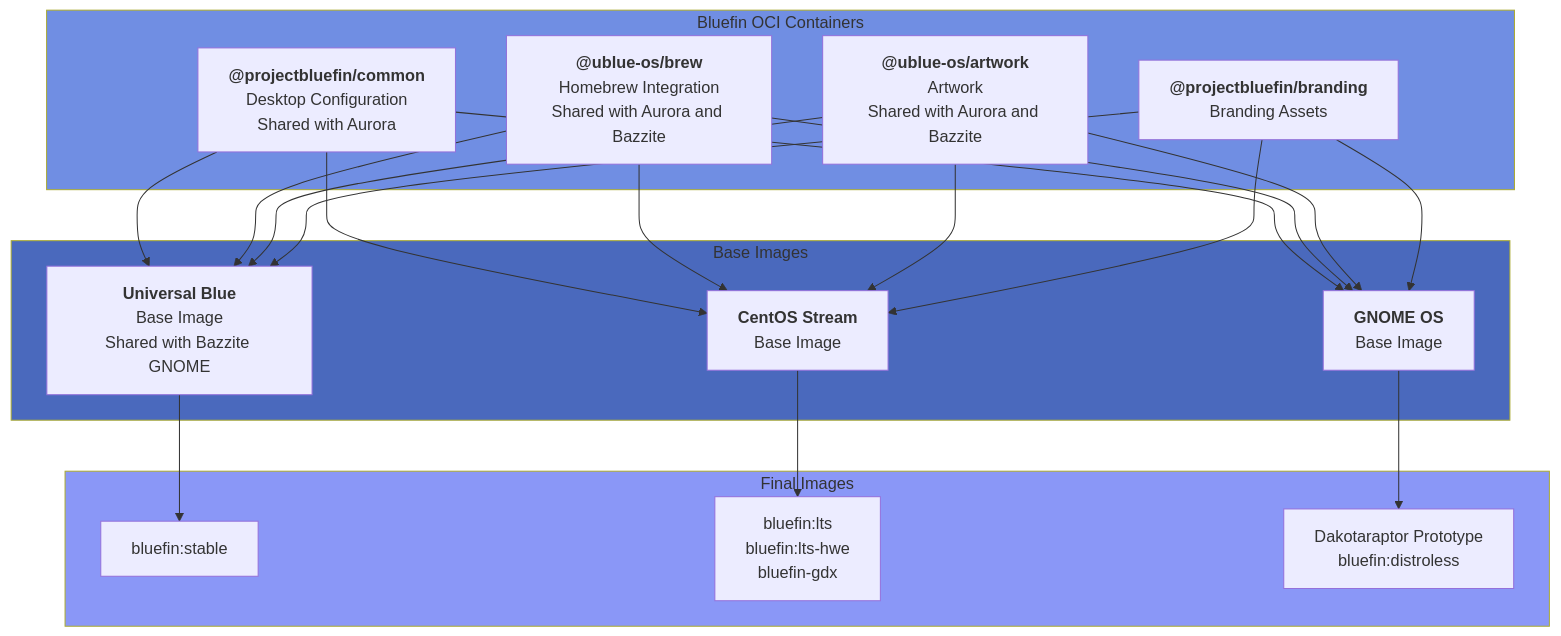
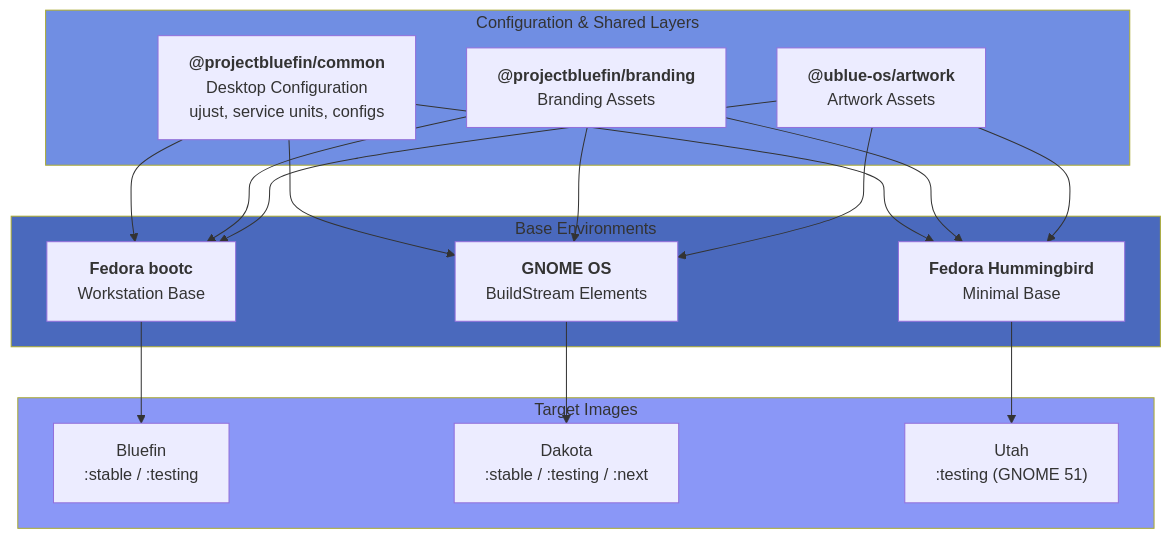
Before and after one commit to fiftydinar/bluefin-docs: the diagram in docs/contributing.md, drawn with Mermaid. The commit also changed other lines of this file and 136 other files, not shown here.

First line of the commit message:
feat(docs): remove Bluefin LTS and GDX from the site

````diff
--- a/docs/contributing.md
+++ b/docs/contributing.md
@@ -92,45 +98,40 @@
 ```mermaid
 flowchart TB
-    subgraph oci["Bluefin OCI Containers"]
-        common["<strong>@projectbluefin/common</strong><br/>Desktop Configuration<br/>Shared with Aurora"]
-        brew["<strong>@ublue-os/brew</strong><br/>Homebrew Integration<br/>Shared with Aurora and Bazzite"]
-        artwork["<strong>@ublue-os/artwork</strong><br/>Artwork<br/>Shared with Aurora and Bazzite"]
+    subgraph oci["Configuration & Shared Layers"]
+        common["<strong>@projectbluefin/common</strong><br/>Desktop Configuration<br/>ujust, service units, configs"]
         branding["<strong>@projectbluefin/branding</strong><br/>Branding Assets"]
+        artwork["<strong>@ublue-os/artwork</strong><br/>Artwork Assets"]
     end
-    
-    subgraph base["Base Images"]
-        ublue["<strong>Universal Blue</strong><br/>Base Image<br/>Shared with Bazzite GNOME"]
-        centos["<strong>CentOS Stream</strong><br/>Base Image"]
-        gnome_base["<strong>GNOME OS</strong><br/>Base Image"]
+
+    subgraph base["Base Environments"]
+        fedora["<strong>Fedora bootc</strong><br/>Workstation Base"]
+        gnome_base["<strong>GNOME OS</strong><br/>BuildStream Elements"]
+        hummingbird["<strong>Fedora Hummingbird</strong><br/>Minimal Base"]
     end
-    
-    subgraph images["Final Images"]
-        bluefin["bluefin:stable"]
-        lts["bluefin:lts<br/>bluefin:lts-hwe<br/>bluefin-gdx"]
-        distroless["Dakotaraptor Prototype<br/>bluefin:distroless"]
+
+    subgraph images["Target Images"]
+        bluefin["Bluefin<br/>:stable / :testing"]
+        dakota["Dakota<br/>:stable / :testing / :next"]
+        utah["Utah<br/>:testing (GNOME 51)"]
     end
-    
-    common --> ublue
-    common --> centos
+
+    common --> fedora
     common --> gnome_base
-    
-    brew --> ublue
-    brew --> centos
-    brew --> gnome_base
-    
-    artwork --> ublue
-    artwork --> centos
+    common --> hummingbird
+
+    branding --> fedora
+    branding --> gnome_base
+    branding --> hummingbird
+
+    artwork --> fedora
     artwork --> gnome_base
-    
-    branding --> ublue
-    branding --> centos
-    branding --> gnome_base
-    
-    ublue --> bluefin
-    centos --> lts
-    gnome_base --> distroless
-    
+    artwork --> hummingbird
+
+    fedora --> bluefin
+    gnome_base --> dakota
+    hummingbird --> utah
+
     style oci fill:#708ee3
     style base fill:#4a69bd
     style images fill:#8a97f7
 ```
````
